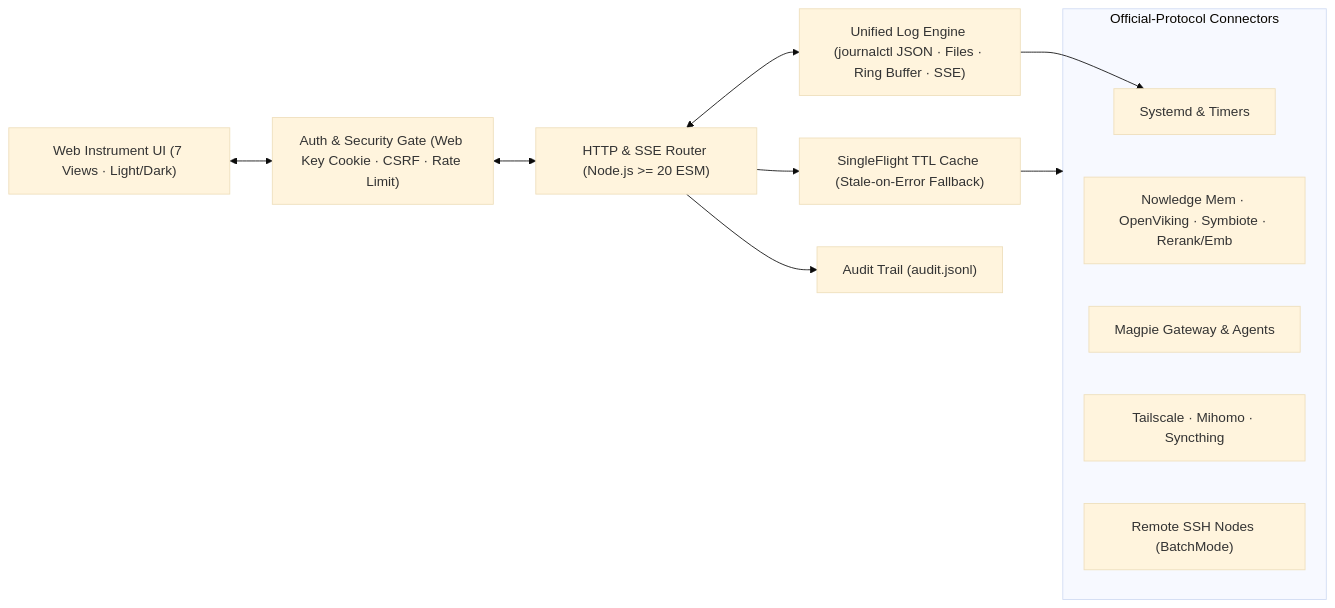
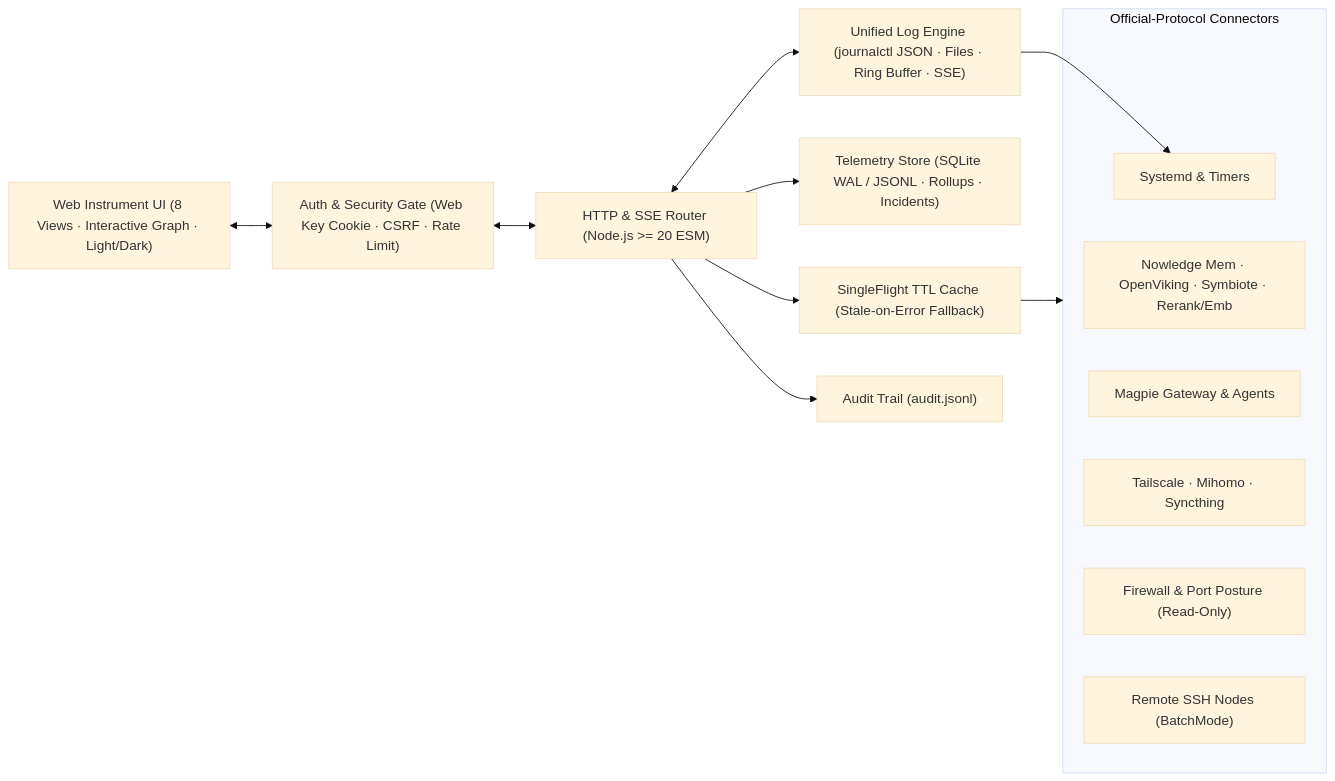
Before and after one commit to veritaswiki/ops-console: the diagram in README.md, drawn with Mermaid (base theme). The commit also changed other lines of this file and 45 other files, not shown here.

Commit message:
feat: release ops-console v0.3.0 SemVer alignment, hardening, persistence, firewall & architecture graphs

````diff
--- a/README.md
+++ b/README.md
@@ -19,25 +19,28 @@
 ```mermaid
 flowchart LR
-  Browser["Web Instrument UI (7 Views · Light/Dark)"]
+  Browser["Web Instrument UI (8 Views · Interactive Graph · Light/Dark)"]
   Auth["Auth & Security Gate (Web Key Cookie · CSRF · Rate Limit)"]
   API["HTTP & SSE Router (Node.js >= 20 ESM)"]
   Cache["SingleFlight TTL Cache (Stale-on-Error Fallback)"]
+  Store["Telemetry Store (SQLite WAL / JSONL · Rollups · Incidents)"]
   Logs["Unified Log Engine (journalctl JSON · Files · Ring Buffer · SSE)"]
   Audit["Audit Trail (audit.jsonl)"]
 
   subgraph Connectors["Official-Protocol Connectors"]
     Sys["Systemd & Timers"]
     Mem["Nowledge Mem · OpenViking · Symbiote · Rerank/Emb"]
     Gw["Magpie Gateway & Agents"]
     Net["Tailscale · Mihomo · Syncthing"]
+    Fw["Firewall & Port Posture (Read-Only)"]
     SSH["Remote SSH Nodes (BatchMode)"]
   end
 
   Browser <--> Auth
   Auth <--> API
   API --> Cache
+  API --> Store
   Cache --> Connectors
   API <--> Logs
   API --> Audit
   Logs --> Sys
 ```
````
